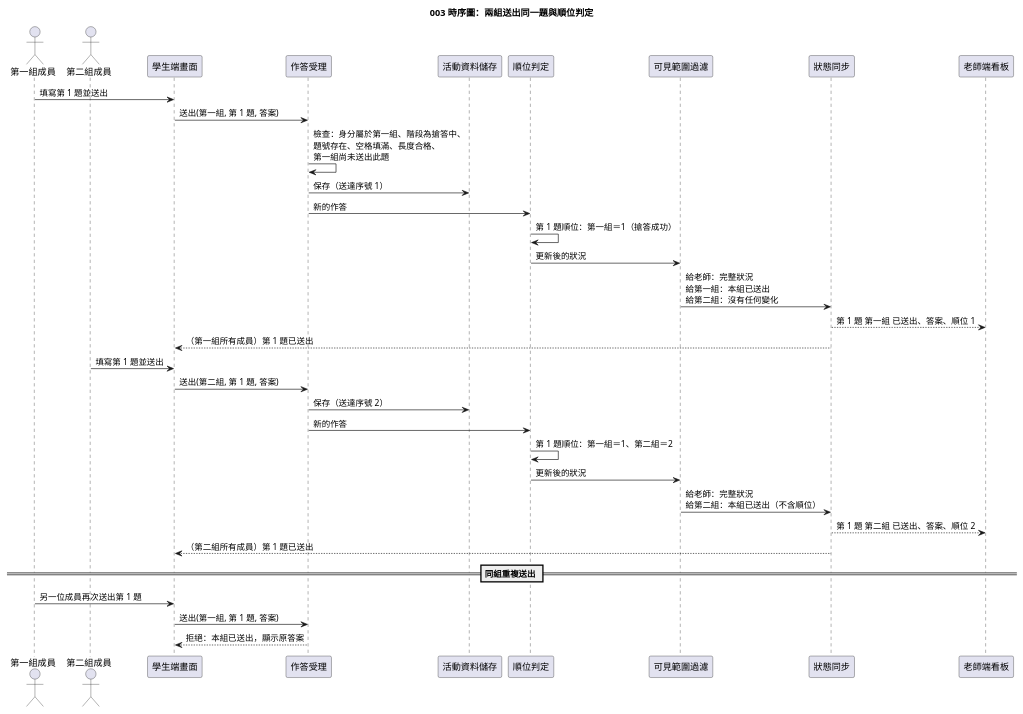
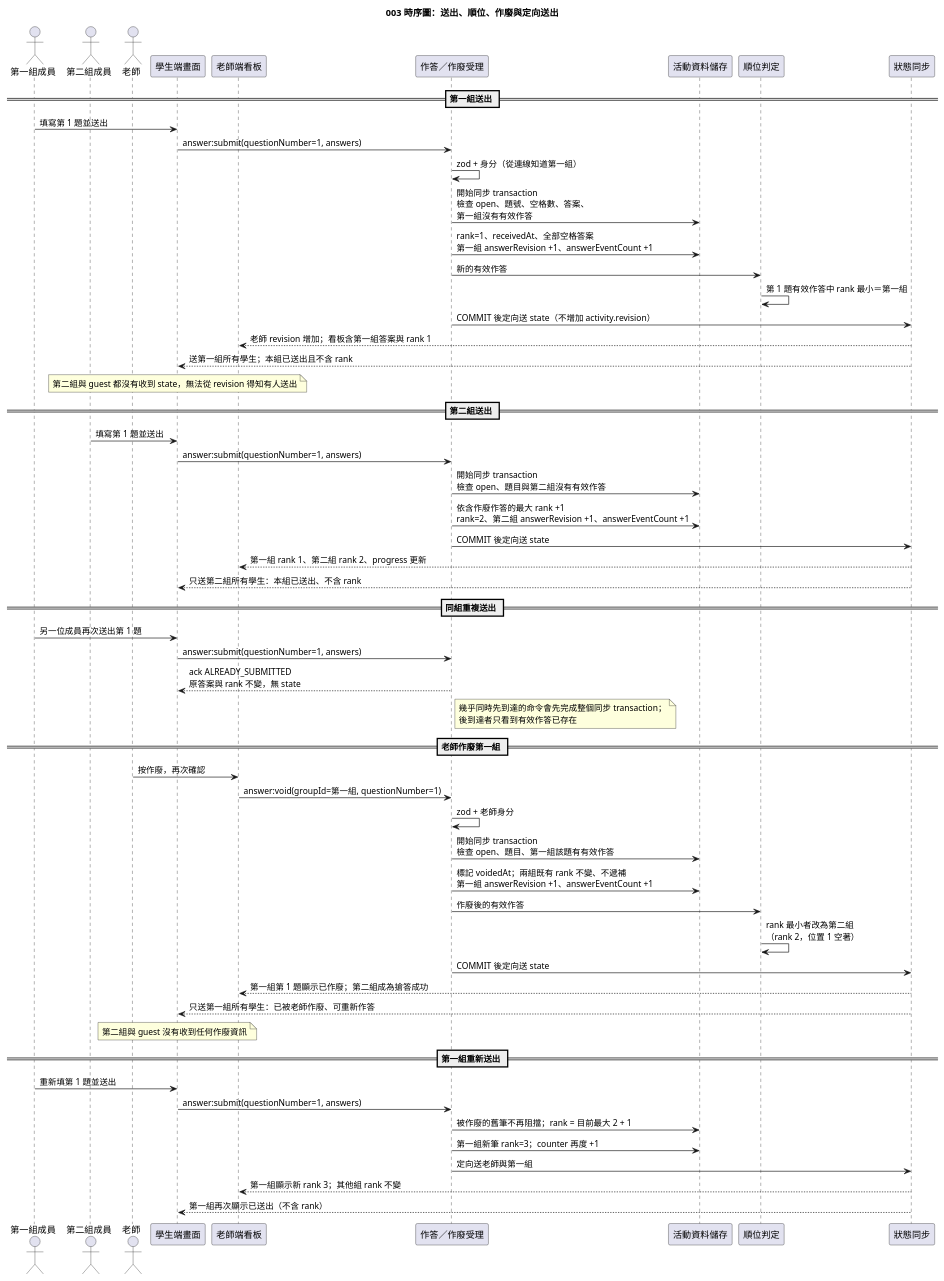
One commit to Danielweng0902/Answering-System_speckit changed the diagram in diagrams/003-buzz-in-seq-submit.puml. Above: the diagram before and after it, drawn with PlantUML. The commit also changed 15 other files, not shown here.

Commit message:
003 buzz-in：spec 與設計文件（作廢釐清更新、plan、tasks、contracts、data-model、quickstart、圖表與 playbook 更新）

```diff
--- a/diagrams/003-buzz-in-seq-submit.puml
+++ b/diagrams/003-buzz-in-seq-submit.puml
@@ -1,39 +1,75 @@
 @startuml
-title 003 時序圖：兩組送出同一題與順位判定
+title 003 時序圖：送出、順位、作廢與定向送出
 
 actor "第一組成員" as S1
 actor "第二組成員" as S2
+actor "老師" as Teacher
 participant "學生端畫面" as U
-participant "作答受理" as I
+participant "老師端看板" as T
+participant "作答／作廢受理" as I
 participant "活動資料儲存" as D
 participant "順位判定" as R
-participant "可見範圍過濾" as F
 participant "狀態同步" as B
-participant "老師端看板" as T
+
+== 第一組送出 ==
 
 S1 -> U : 填寫第 1 題並送出
-U -> I : 送出(第一組, 第 1 題, 答案)
-I -> I : 檢查：身分屬於第一組、階段為搶答中、\n題號存在、空格填滿、長度合格、\n第一組尚未送出此題
-I -> D : 保存（送達序號 1）
-I -> R : 新的作答
-R -> R : 第 1 題順位：第一組＝1（搶答成功）
-R -> F : 更新後的狀況
-F -> B : 給老師：完整狀況\n給第一組：本組已送出\n給第二組：沒有任何變化
-B --> T : 第 1 題 第一組 已送出、答案、順位 1
-B --> U : （第一組所有成員）第 1 題已送出
+U -> I : answer:submit(questionNumber=1, answers)
+I -> I : zod + 身分（從連線知道第一組）
+I -> D : 開始同步 transaction\n檢查 open、題號、空格數、答案、\n第一組沒有有效作答
+I -> D : rank=1、receivedAt、全部空格答案\n第一組 answerRevision +1、answerEventCount +1
+I -> R : 新的有效作答
+R -> R : 第 1 題有效作答中 rank 最小＝第一組
+I -> B : COMMIT 後定向送 state（不增加 activity.revision）
+B --> T : 老師 revision 增加；看板含第一組答案與 rank 1
+B --> U : 送第一組所有學生；本組已送出且不含 rank
+note over U
+  第二組與 guest 都沒有收到 state，無法從 revision 得知有人送出
+end note
+
+== 第二組送出 ==
 
 S2 -> U : 填寫第 1 題並送出
-U -> I : 送出(第二組, 第 1 題, 答案)
-I -> D : 保存（送達序號 2）
-I -> R : 新的作答
-R -> R : 第 1 題順位：第一組＝1、第二組＝2
-R -> F : 更新後的狀況
-F -> B : 給老師：完整狀況\n給第二組：本組已送出（不含順位）
-B --> T : 第 1 題 第二組 已送出、答案、順位 2
-B --> U : （第二組所有成員）第 1 題已送出
+U -> I : answer:submit(questionNumber=1, answers)
+I -> D : 開始同步 transaction\n檢查 open、題目與第二組沒有有效作答
+I -> D : 依含作廢作答的最大 rank +1\nrank=2、第二組 answerRevision +1、answerEventCount +1
+I -> B : COMMIT 後定向送 state
+B --> T : 第一組 rank 1、第二組 rank 2、progress 更新
+B --> U : 只送第二組所有學生：本組已送出、不含 rank
 
 == 同組重複送出 ==
+
 S1 -> U : 另一位成員再次送出第 1 題
-U -> I : 送出(第一組, 第 1 題, 答案)
-I --> U : 拒絕：本組已送出，顯示原答案
+U -> I : answer:submit(questionNumber=1, answers)
+I --> U : ack ALREADY_SUBMITTED\n原答案與 rank 不變，無 state
+note right of I
+  幾乎同時先到達的命令會先完成整個同步 transaction；
+  後到達者只看到有效作答已存在
+end note
+
+== 老師作廢第一組 ==
+
+Teacher -> T : 按作廢，再次確認
+T -> I : answer:void(groupId=第一組, questionNumber=1)
+I -> I : zod + 老師身分
+I -> D : 開始同步 transaction\n檢查 open、題目、第一組該題有有效作答
+I -> D : 標記 voidedAt；兩組既有 rank 不變、不遞補\n第一組 answerRevision +1、answerEventCount +1
+I -> R : 作廢後的有效作答
+R -> R : rank 最小者改為第二組\n（rank 2，位置 1 空著）
+I -> B : COMMIT 後定向送 state
+B --> T : 第一組第 1 題顯示已作廢；第二組成為搶答成功
+B --> U : 只送第一組所有學生：已被老師作廢、可重新作答
+note over U
+  第二組與 guest 沒有收到任何作廢資訊
+end note
+
+== 第一組重新送出 ==
+
+S1 -> U : 重新填第 1 題並送出
+U -> I : answer:submit(questionNumber=1, answers)
+I -> D : 被作廢的舊筆不再阻擋；rank = 目前最大 2 + 1
+I -> D : 第一組新筆 rank=3；counter 再度 +1
+I -> B : 定向送老師與第一組
+B --> T : 第一組顯示新 rank 3；其他組 rank 不變
+B --> U : 第一組再次顯示已送出（不含 rank）
 @enduml
```
